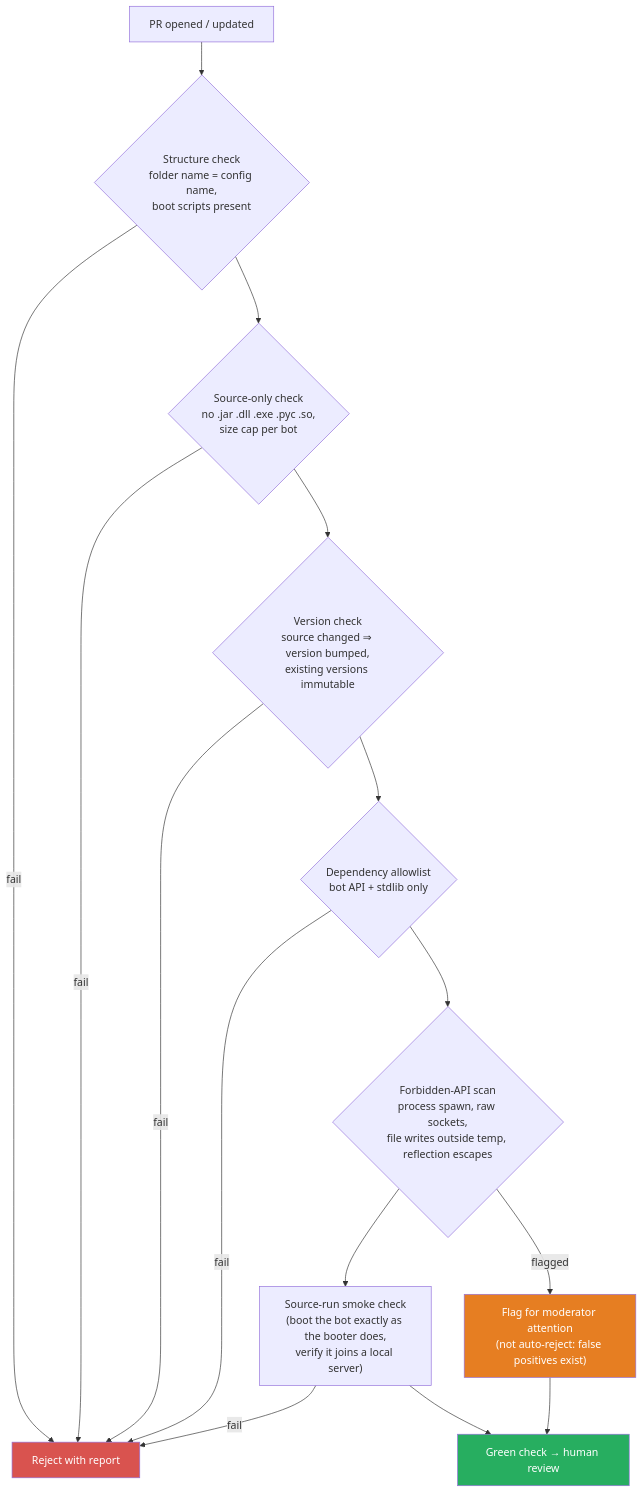
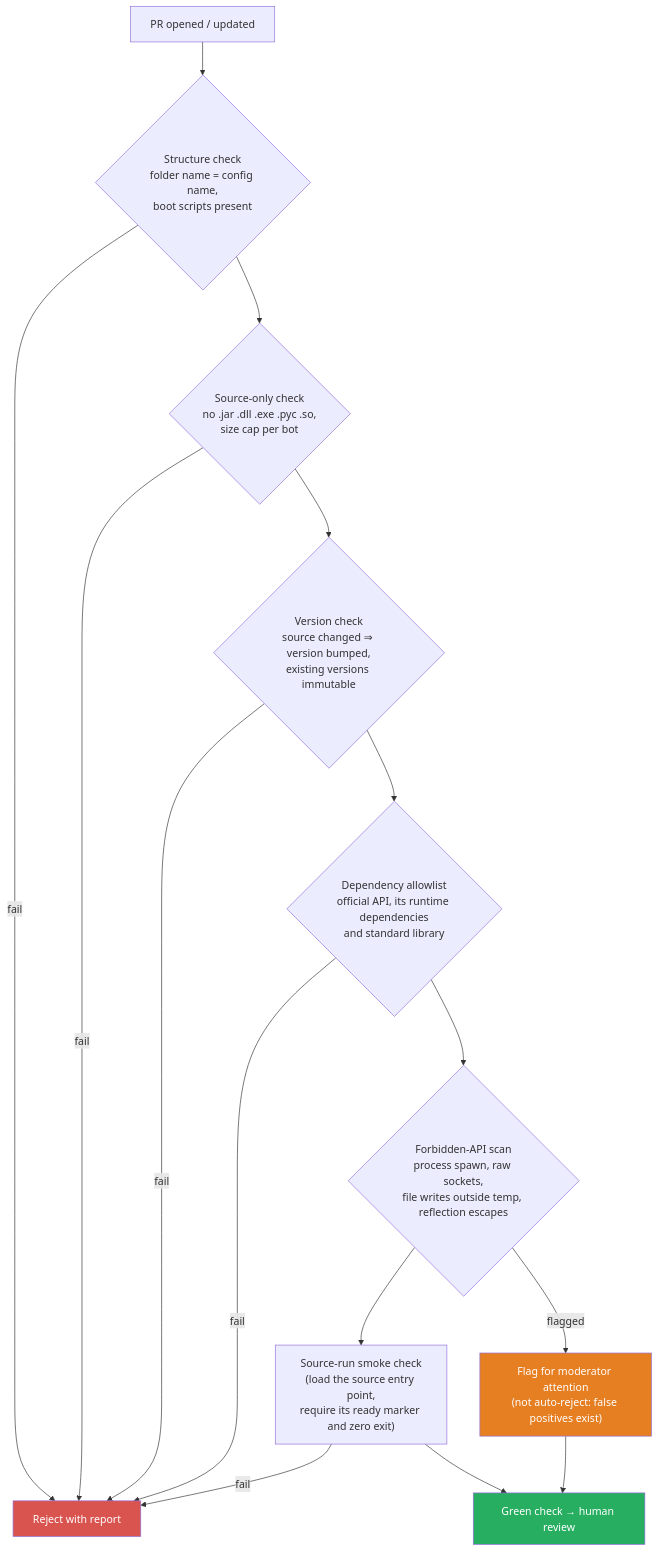
One commit to robocode-dev/tank-royale changed the second of 2 diagrams in docs/design/rumble/bot-submission.md. Above: the diagram before and after it, drawn with Mermaid. The commit also changed other lines of this file and 11 other files, not shown here.

````diff
--- a/docs/design/rumble/bot-submission.md
+++ b/docs/design/rumble/bot-submission.md
@@ -72,21 +72,21 @@
 ```mermaid
 flowchart TD
     A["PR opened / updated"] --> B{"Structure check<br/>folder name = config name,<br/>boot scripts present"}
     B -->|fail| R["Reject with report"]
     B --> C{"Source-only check<br/>no .jar .dll .exe .pyc .so,<br/>size cap per bot"}
     C -->|fail| R
     C --> D{"Version check<br/>source changed ⇒ version bumped,<br/>existing versions immutable"}
     D -->|fail| R
-    D --> E{"Dependency allowlist<br/>bot API + stdlib only"}
+    D --> E{"Dependency allowlist<br/>official API, its runtime dependencies<br/>and standard library"}
     E -->|fail| R
     E --> F{"Forbidden-API scan<br/>process spawn, raw sockets,<br/>file writes outside temp, reflection escapes"}
     F -->|flagged| M["Flag for moderator attention<br/>(not auto-reject: false positives exist)"]
-    F --> G["Source-run smoke check<br/>(boot the bot exactly as the booter does,<br/>verify it joins a local server)"]
+    F --> G["Source-run smoke check<br/>(load the source entry point,<br/>require its ready marker and zero exit)"]
     G -->|fail| R
     G --> H["Green check → human review"]
     M --> H
 
     style R fill:#D9534F,color:#fff
     style M fill:#E67E22,color:#fff
     style H fill:#27AE60,color:#fff
 ```
````
